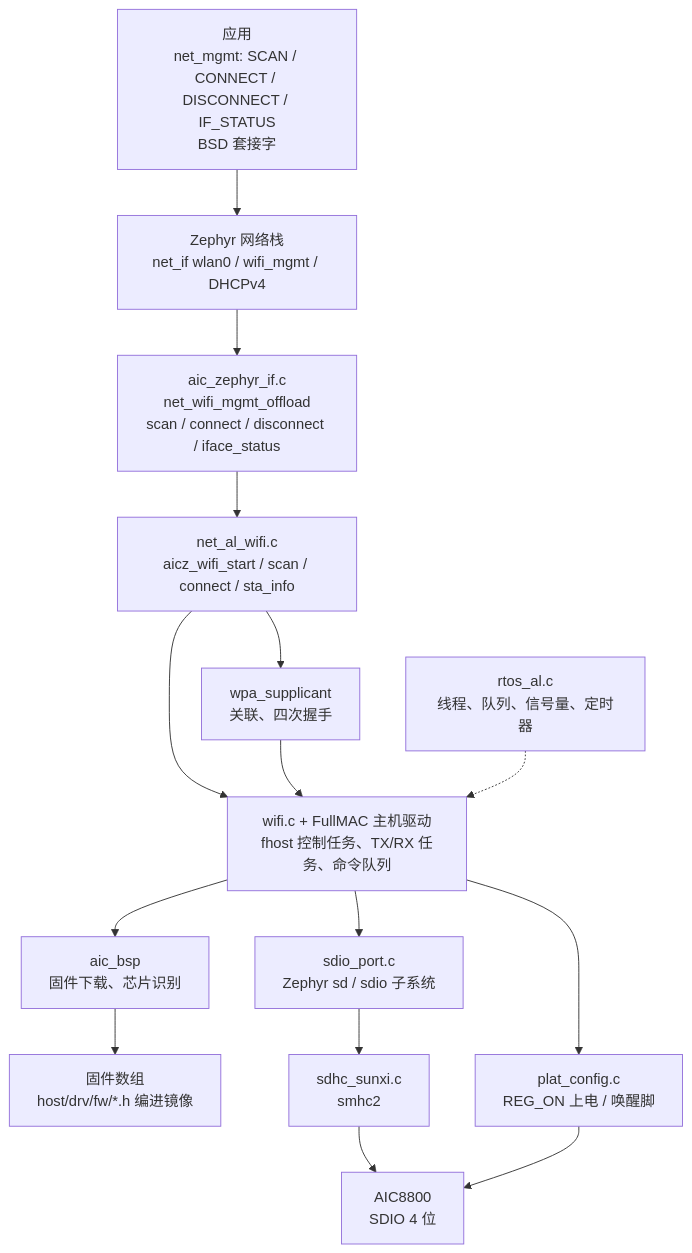
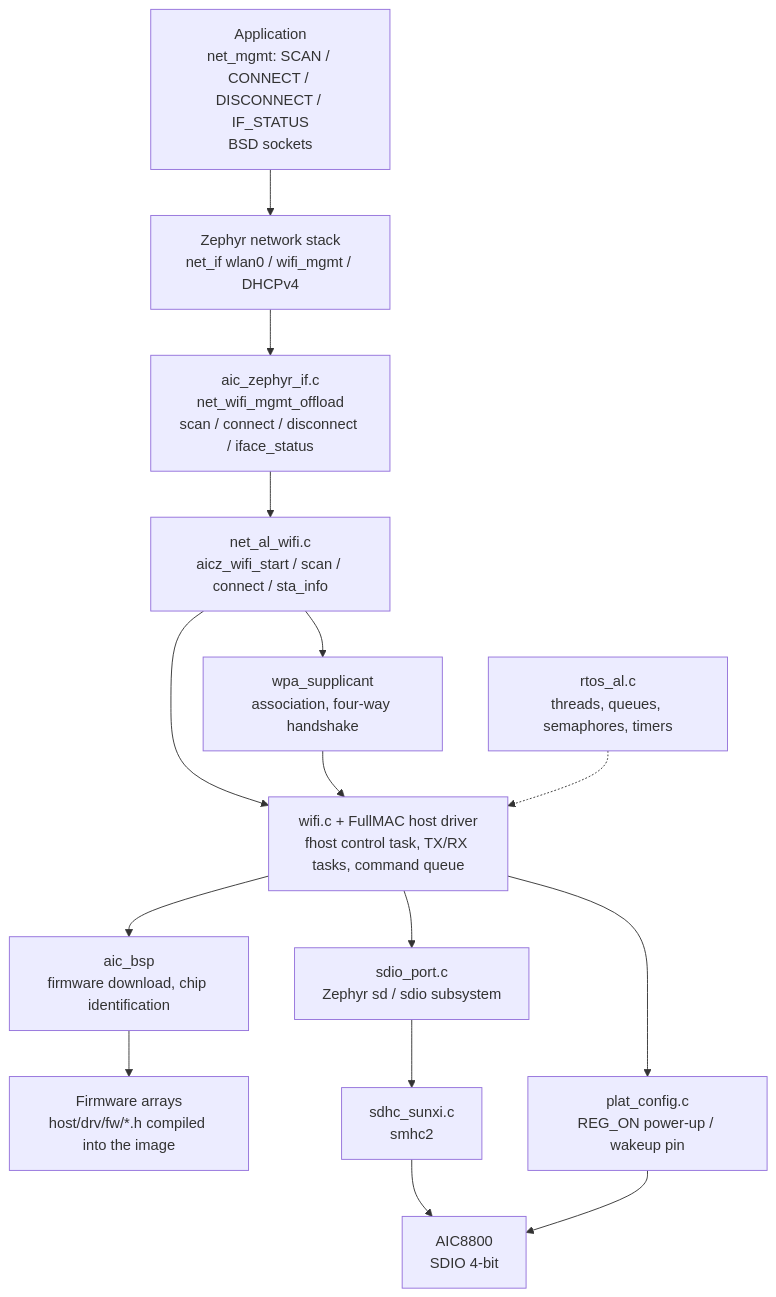
The first of 2 diagrams in docs/src/content/docs/dev/zephyr/components/aic8800-wifi.md (YuzukiHD/YuzukiNeko), drawn with Mermaid before and after one commit. The commit also changed other lines of this file and 216 other files, not shown here.

````diff
--- a/docs/src/content/docs/dev/zephyr/components/aic8800-wifi.md
+++ b/docs/src/content/docs/dev/zephyr/components/aic8800-wifi.md
@@ -18,17 +18,17 @@
 ```mermaid
 flowchart TB
-    APP["应用<br/>net_mgmt: SCAN / CONNECT / DISCONNECT / IF_STATUS<br/>BSD 套接字"] --> NET["Zephyr 网络栈<br/>net_if wlan0 / wifi_mgmt / DHCPv4"]
+    APP["Application<br/>net_mgmt: SCAN / CONNECT / DISCONNECT / IF_STATUS<br/>BSD sockets"] --> NET["Zephyr network stack<br/>net_if wlan0 / wifi_mgmt / DHCPv4"]
     NET --> ZIF["aic_zephyr_if.c<br/>net_wifi_mgmt_offload<br/>scan / connect / disconnect / iface_status"]
     ZIF --> STA["net_al_wifi.c<br/>aicz_wifi_start / scan / connect / sta_info"]
-    STA --> CORE["wifi.c + FullMAC 主机驱动<br/>fhost 控制任务、TX/RX 任务、命令队列"]
-    STA --> WPA["wpa_supplicant<br/>关联、四次握手"]
+    STA --> CORE["wifi.c + FullMAC host driver<br/>fhost control task, TX/RX tasks, command queue"]
+    STA --> WPA["wpa_supplicant<br/>association, four-way handshake"]
     WPA --> CORE
-    CORE --> BSP["aic_bsp<br/>固件下载、芯片识别"]
-    BSP --> FW["固件数组<br/>host/drv/fw/*.h 编进镜像"]
-    CORE --> SDIO["sdio_port.c<br/>Zephyr sd / sdio 子系统"]
+    CORE --> BSP["aic_bsp<br/>firmware download, chip identification"]
+    BSP --> FW["Firmware arrays<br/>host/drv/fw/*.h compiled into the image"]
+    CORE --> SDIO["sdio_port.c<br/>Zephyr sd / sdio subsystem"]
     SDIO --> SDHC["sdhc_sunxi.c<br/>smhc2"]
-    SDHC --> CHIP["AIC8800<br/>SDIO 4 位"]
-    PLAT["plat_config.c<br/>REG_ON 上电 / 唤醒脚"] --> CHIP
+    SDHC --> CHIP["AIC8800<br/>SDIO 4-bit"]
+    PLAT["plat_config.c<br/>REG_ON power-up / wakeup pin"] --> CHIP
     CORE --> PLAT
-    RTOS["rtos_al.c<br/>线程、队列、信号量、定时器"] -.-> CORE
+    RTOS["rtos_al.c<br/>threads, queues, semaphores, timers"] -.-> CORE
 ```
````
